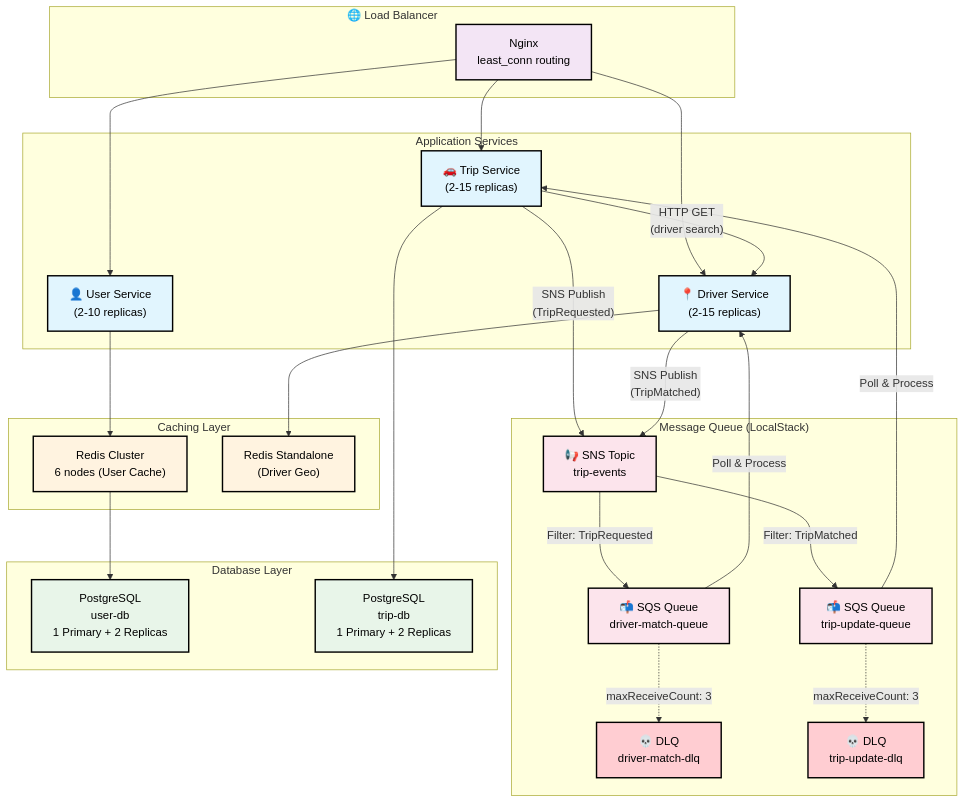
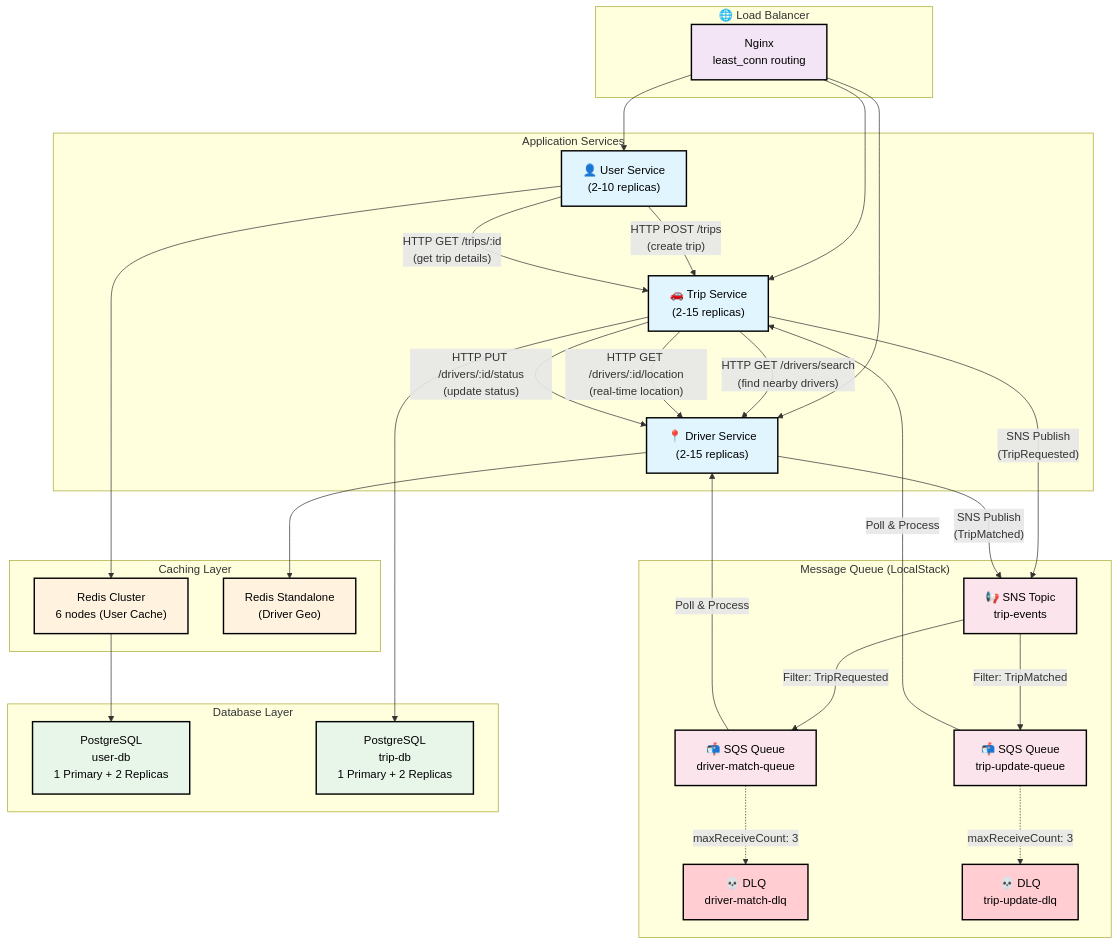
The first of 8 diagrams in Deliverables/ARCHITECTURE.md (dieuxuanhien/uit-go-se360), drawn with Mermaid before and after one commit. The commit also changed 2 other files, not shown here.

Commit message:
presentation

````diff
--- a/Deliverables/ARCHITECTURE.md
+++ b/Deliverables/ARCHITECTURE.md
@@ -26,72 +26,78 @@
 ```mermaid
 flowchart TB
     subgraph LB["🌐 Load Balancer"]
         NGINX["Nginx<br/>least_conn routing"]
     end
 
     subgraph Services["Application Services"]
         US["👤 User Service<br/>(2-10 replicas)"]
         TS["🚗 Trip Service<br/>(2-15 replicas)"]
         DS["📍 Driver Service<br/>(2-15 replicas)"]
     end
 
     subgraph Cache["Caching Layer"]
         RC["Redis Cluster<br/>6 nodes (User Cache)"]
         RS["Redis Standalone<br/>(Driver Geo)"]
     end
 
     subgraph MQ["Message Queue (LocalStack)"]
         SNS["📢 SNS Topic<br/>trip-events"]
         SQS1["📬 SQS Queue<br/>driver-match-queue"]
         SQS2["📬 SQS Queue<br/>trip-update-queue"]
         DLQ1["💀 DLQ<br/>driver-match-dlq"]
         DLQ2["💀 DLQ<br/>trip-update-dlq"]
     end
 
     subgraph DB["Database Layer"]
         PGU["PostgreSQL<br/>user-db<br/>1 Primary + 2 Replicas"]
         PGT["PostgreSQL<br/>trip-db<br/>1 Primary + 2 Replicas"]
     end
 
     %% Load Balancer to Services
     NGINX --> US
     NGINX --> TS
     NGINX --> DS
 
+    %% Inter-Service HTTP Calls (Sync)
+    US -->|"HTTP POST /trips<br/>(create trip)"| TS
+    US -->|"HTTP GET /trips/:id<br/>(get trip details)"| TS
+    TS -->|"HTTP GET /drivers/search<br/>(find nearby drivers)"| DS
+    TS -->|"HTTP GET /drivers/:id/location<br/>(real-time location)"| DS
+    TS -->|"HTTP PUT /drivers/:id/status<br/>(update status)"| DS
+
     %% User Service connections
     US --> RC
     RC --> PGU
 
     %% Trip Service connections
-    TS -->|"HTTP GET<br/>(driver search)"| DS
     TS -->|"SNS Publish<br/>(TripRequested)"| SNS
     TS --> PGT
 
     %% SNS Fan-out to SQS
     SNS -->|"Filter: TripRequested"| SQS1
     SNS -->|"Filter: TripMatched"| SQS2
     SQS1 -.->|"maxReceiveCount: 3"| DLQ1
     SQS2 -.->|"maxReceiveCount: 3"| DLQ2
 
     %% Driver Service connections
     DS --> RS
     SQS1 -->|"Poll & Process"| DS
     DS -->|"SNS Publish<br/>(TripMatched)"| SNS
 
     %% Trip Service subscribes to updates
     SQS2 -->|"Poll & Process"| TS
 
     classDef serviceBox fill:#e1f5fe,stroke:#000000,stroke-width:2px,color:#000000
     classDef cacheBox fill:#fff3e0,stroke:#000000,stroke-width:2px,color:#000000
     classDef dbBox fill:#e8f5e9,stroke:#000000,stroke-width:2px,color:#000000
     classDef mqBox fill:#fce4ec,stroke:#000000,stroke-width:2px,color:#000000
     classDef lbBox fill:#f3e5f5,stroke:#000000,stroke-width:2px,color:#000000
     classDef dlqBox fill:#ffcdd2,stroke:#000000,stroke-width:2px,color:#000000
 
     class US,TS,DS serviceBox
     class RC,RS cacheBox
     class PGU,PGT dbBox
     class SNS,SQS1,SQS2 mqBox
     class NGINX lbBox
     class DLQ1,DLQ2 dlqBox
 ```
````
